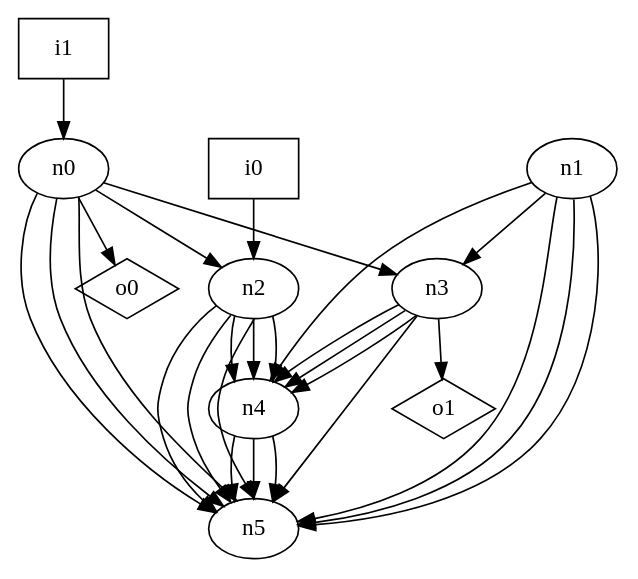
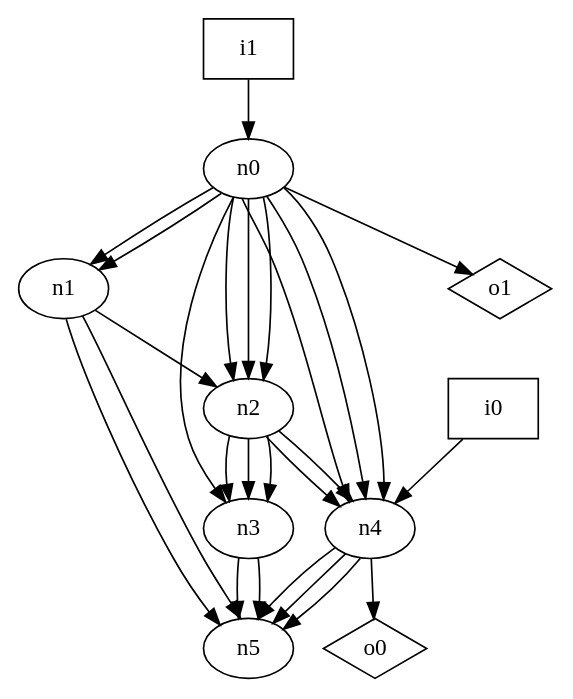
One commit to p9romain/bool-circuits changed the diagram in dot_files/random/random_DAG_loop_free_graph.dot. Above: the diagram before and after it, drawn with Graphviz. The commit also changed 28 other files, not shown here.

```diff
--- a/dot_files/random/random_DAG_loop_free_graph.dot
+++ b/dot_files/random/random_DAG_loop_free_graph.dot
@@ -1,39 +1,38 @@
 digraph G {
 n0 [label="n0"];
 n1 [label="n1"];
 n2 [label="n2"];
 n3 [label="n3"];
 n4 [label="n4"];
 n5 [label="n5"];
 n6 [label="i0",shape="box"];
 n7 [label="i1",shape="box"];
 n8 [label="o0",shape="diamond"];
 n9 [label="o1",shape="diamond"];
+n0 -> n1
+n0 -> n1
+n0 -> n2
+n0 -> n2
 n0 -> n2
 n0 -> n3
-n0 -> n5
-n0 -> n5
-n0 -> n5
-n0 -> n8
-n1 -> n3
-n1 -> n4
+n0 -> n4
+n0 -> n4
+n0 -> n4
+n0 -> n9
+n1 -> n2
 n1 -> n5
 n1 -> n5
-n1 -> n5
+n2 -> n3
+n2 -> n3
+n2 -> n3
 n2 -> n4
 n2 -> n4
-n2 -> n4
-n2 -> n5
-n2 -> n5
-n2 -> n5
-n3 -> n4
-n3 -> n4
-n3 -> n4
 n3 -> n5
-n3 -> n9
+n3 -> n5
 n4 -> n5
 n4 -> n5
 n4 -> n5
-n6 -> n2
+n4 -> n8
+n6 -> n4
 n7 -> n0
 }
```
